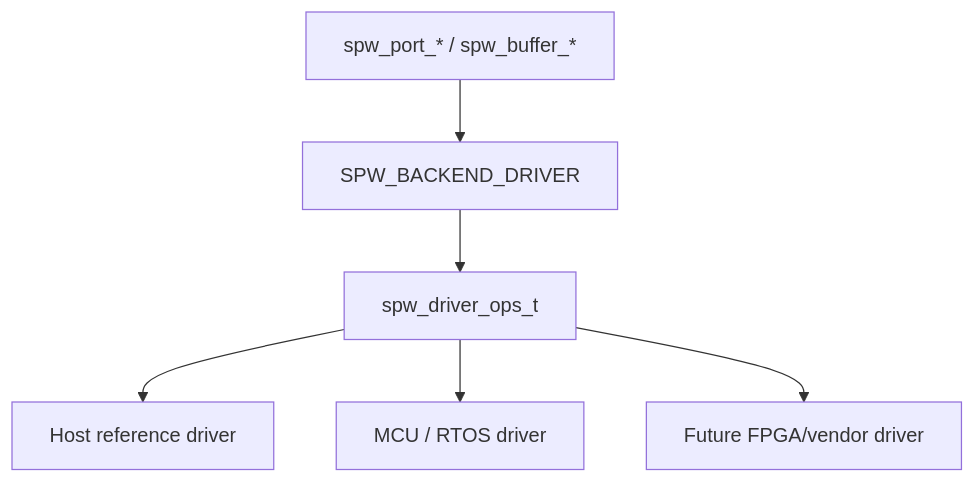
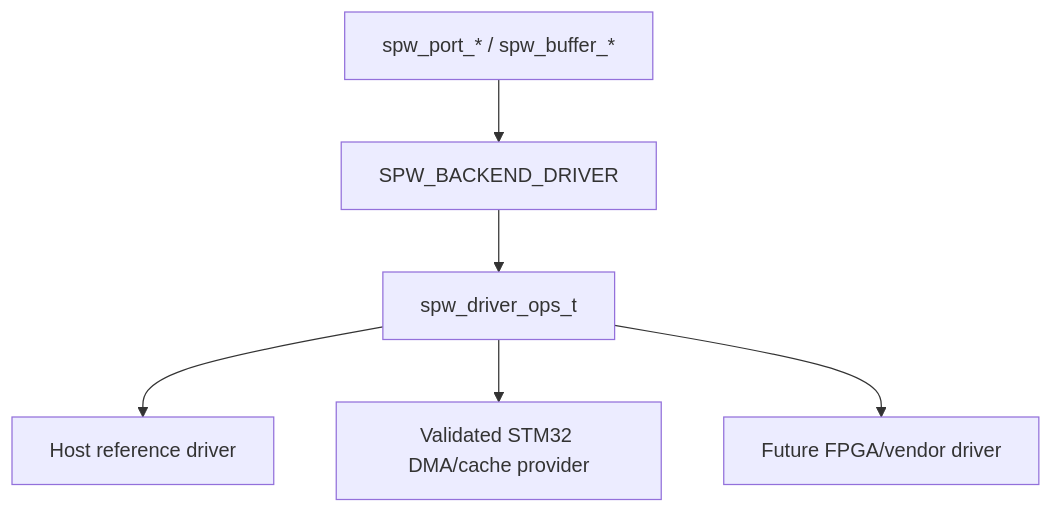
The sixth of 9 diagrams in docs/architecture.md (ExoSpaceLabs/spwkit), drawn with Mermaid before and after one commit. The commit also changed other lines of this file, not shown here.

Commit message:
docs(spwkit): clarify architecture evidence boundaries

````diff
--- a/docs/architecture.md
+++ b/docs/architecture.md
@@ -98,8 +99,8 @@
 ```mermaid
 flowchart TB
     API[spw_port_* / spw_buffer_*] --> DB[SPW_BACKEND_DRIVER]
     DB --> OPS[spw_driver_ops_t]
     OPS --> REF[Host reference driver]
-    OPS --> MCU[MCU / RTOS driver]
+    OPS --> MCU[Validated STM32 DMA/cache provider]
     OPS --> FPGA[Future FPGA/vendor driver]
 ```
````
